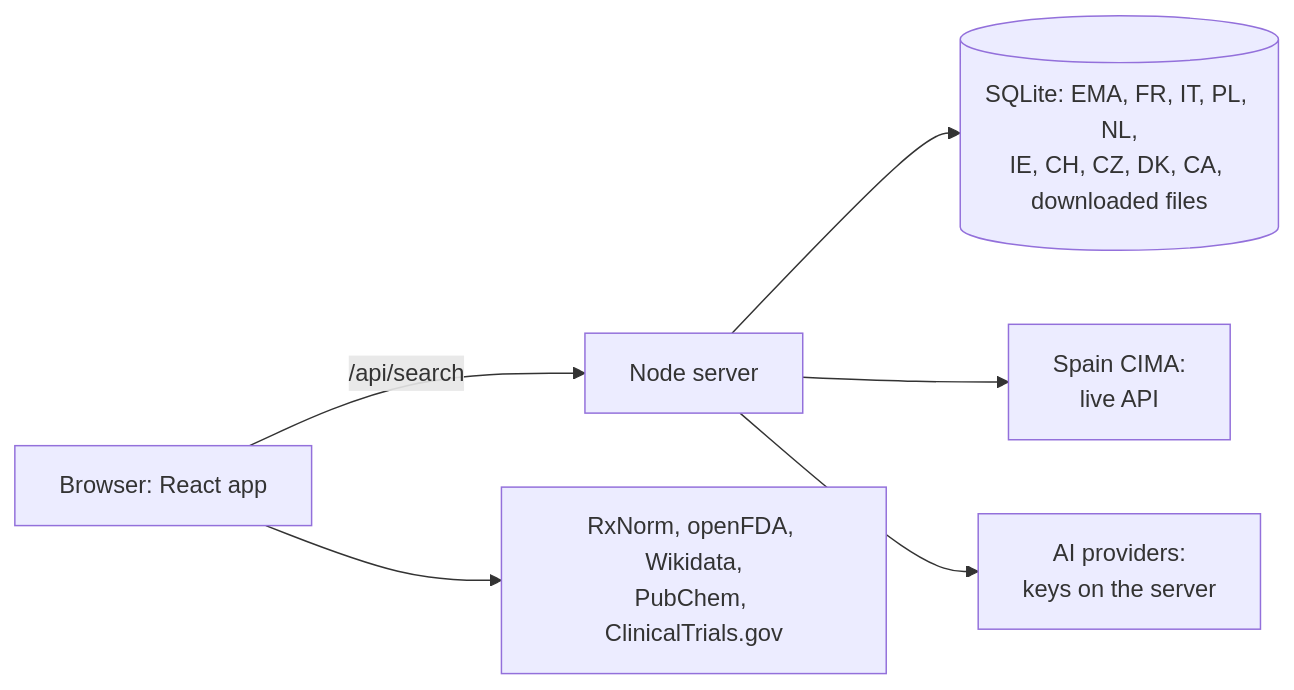
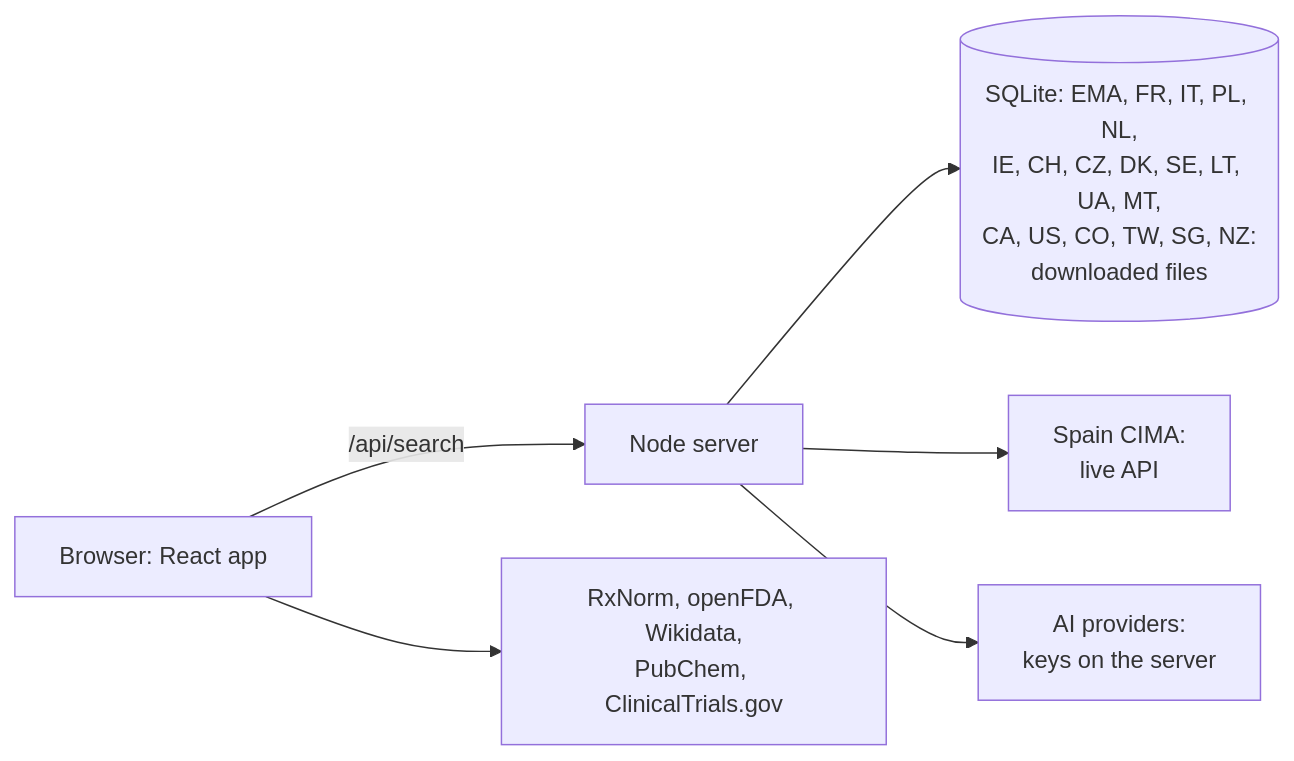
The diagram in README.md (andreibesleaga/medicine-finder), drawn with Mermaid before and after one commit. The commit also changed other lines of this file and 31 other files, not shown here.

````diff
--- a/README.md
+++ b/README.md
@@ -48,8 +50,8 @@
 ```mermaid
 flowchart LR
   U[Browser: React app] -->|/api/search| S[Node server]
   U --> O[RxNorm, openFDA, Wikidata,<br/>PubChem, ClinicalTrials.gov]
-  S --> E[(SQLite: EMA, FR, IT, PL, NL,<br/>IE, CH, CZ, DK, CA, downloaded files)]
+  S --> E[(SQLite: EMA, FR, IT, PL, NL,<br/>IE, CH, CZ, DK, SE, LT, UA, MT,<br/>CA, US, CO, TW, SG, NZ:<br/>downloaded files)]
   S --> L[Spain CIMA:<br/>live API]
   S --> A[AI providers:<br/>keys on the server]
 ```
````
